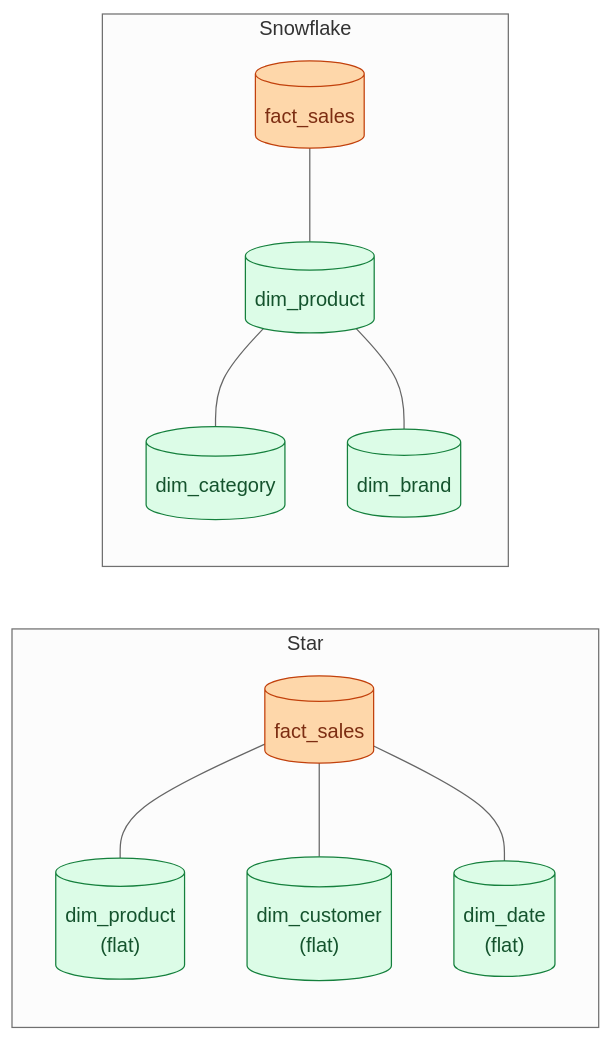
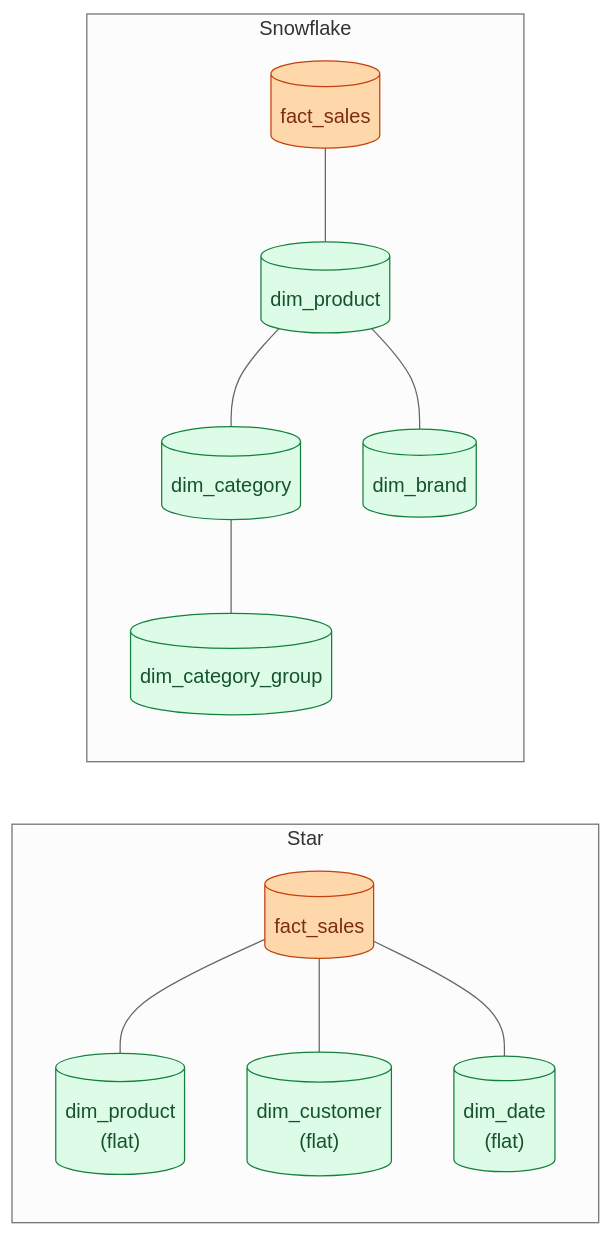
One commit to shiningflash/shiningflash.github.io changed the first of 3 diagrams in _de_concepts/008-star-vs-snowflake.md. Above: the diagram before and after it, drawn with Mermaid (neutral theme). The commit also changed other lines of this file and 69 other files, not shown here.

````diff
--- a/_de_concepts/008-star-vs-snowflake.md
+++ b/_de_concepts/008-star-vs-snowflake.md
@@ -12,24 +14,26 @@
 ```mermaid
 flowchart LR
     subgraph S["Star"]
-        F1[("fact_sales")]:::f
-        D1[("dim_product<br/>(flat)")]:::d
-        D2[("dim_customer<br/>(flat)")]:::d
-        D3[("dim_date<br/>(flat)")]:::d
+        F1[("fact_sales")]:::b
+        D1[("dim_product<br/>(flat)")]:::g
+        D2[("dim_customer<br/>(flat)")]:::g
+        D3[("dim_date<br/>(flat)")]:::g
         F1 --- D1
         F1 --- D2
         F1 --- D3
     end
     subgraph SN["Snowflake"]
-        F2[("fact_sales")]:::f
-        DP[("dim_product")]:::d
-        DC[("dim_category")]:::d
-        DB[("dim_brand")]:::d
+        F2[("fact_sales")]:::b
+        DP[("dim_product")]:::g
+        DC[("dim_category")]:::g
+        DB[("dim_brand")]:::g
+        DCG[("dim_category_group")]:::g
         F2 --- DP
         DP --- DC
         DP --- DB
+        DC --- DCG
     end
 
-    classDef f fill:#fed7aa,stroke:#c2410c,color:#7c2d12
-    classDef d fill:#dcfce7,stroke:#15803d,color:#14532d
+    classDef b fill:#fed7aa,stroke:#c2410c,color:#7c2d12
+    classDef g fill:#dcfce7,stroke:#15803d,color:#14532d
 ```
````
